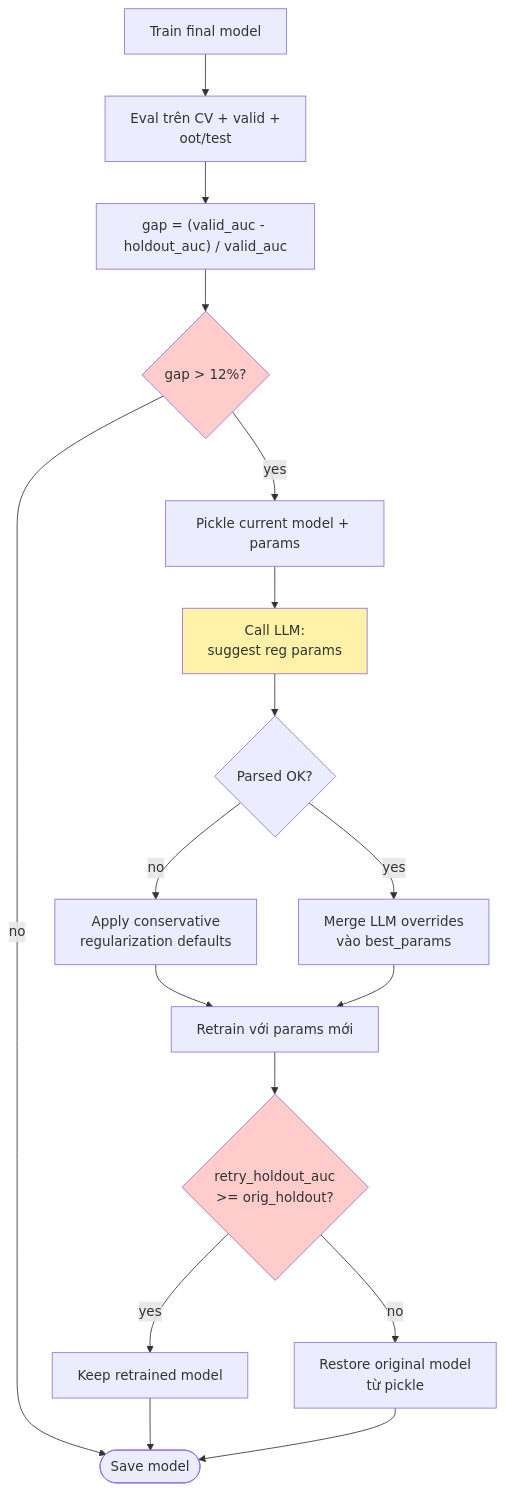
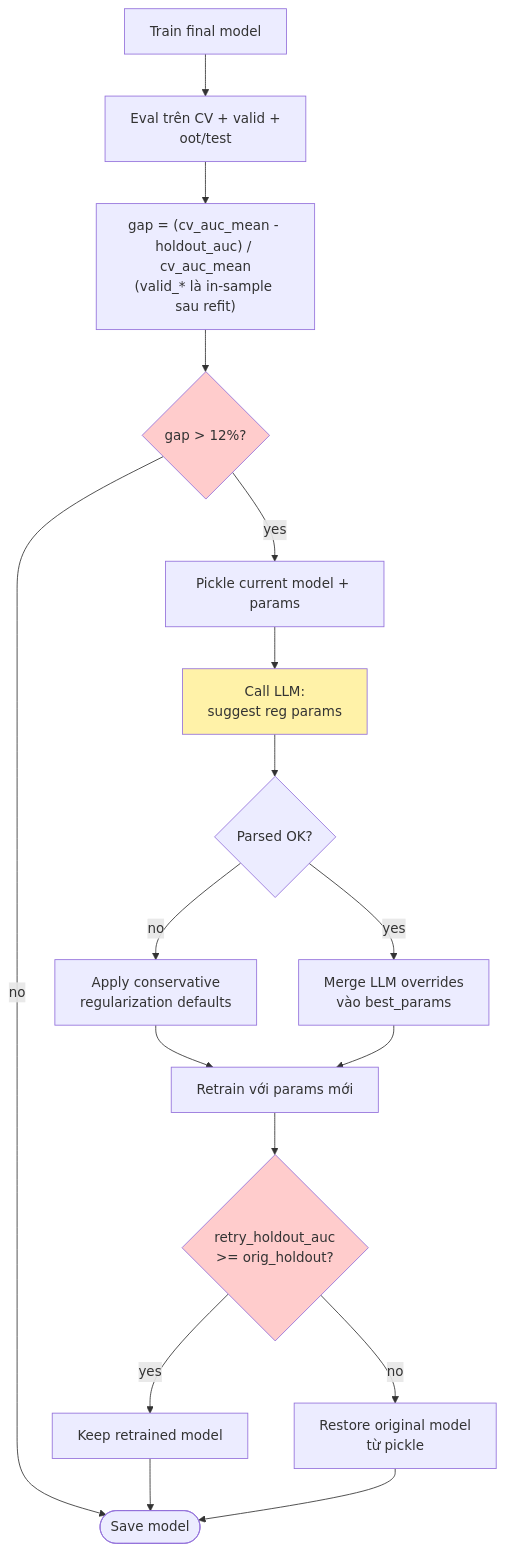
One commit to baongoc83/Multi-Agent-Auto-ML_NB changed diagram 17 of 25 in docs/architecture.md. Above: the diagram before and after it, drawn with Mermaid. The commit also changed other lines of this file and 6 other files, not shown here.

````diff
--- a/docs/architecture.md
+++ b/docs/architecture.md
@@ -690,28 +685,28 @@
 ```mermaid
 flowchart TD
     Train[Train final model] --> Eval[Eval trên CV + valid +<br/>oot/test]
-    Eval --> Check["gap = (valid_auc - holdout_auc) / valid_auc"]
+    Eval --> Check["gap = (cv_auc_mean - holdout_auc) / cv_auc_mean<br/>(valid_* là in-sample sau refit)"]
     Check --> Detect{"gap > 12%?"}
 
     Detect -->|no| Done([Save model])
     Detect -->|yes| Snap[Pickle current model + params]
 
     Snap --> Ask[Call LLM:<br/>suggest reg params]
     Ask --> ParseOK{Parsed OK?}
     ParseOK -->|no| Conservative[Apply conservative<br/>regularization defaults]
     ParseOK -->|yes| Override[Merge LLM overrides<br/>vào best_params]
 
     Conservative --> Retry
     Override --> Retry[Retrain với params mới]
 
     Retry --> Cmp{"retry_holdout_auc<br/>>= orig_holdout?"}
     Cmp -->|yes| Keep[Keep retrained model]
     Cmp -->|no| Revert[Restore original model<br/>từ pickle]
 
     Keep --> Done
     Revert --> Done
 
     style Detect fill:#ffcccc
     style Cmp fill:#ffcccc
     style Ask fill:#fff2a8
 ```
````
